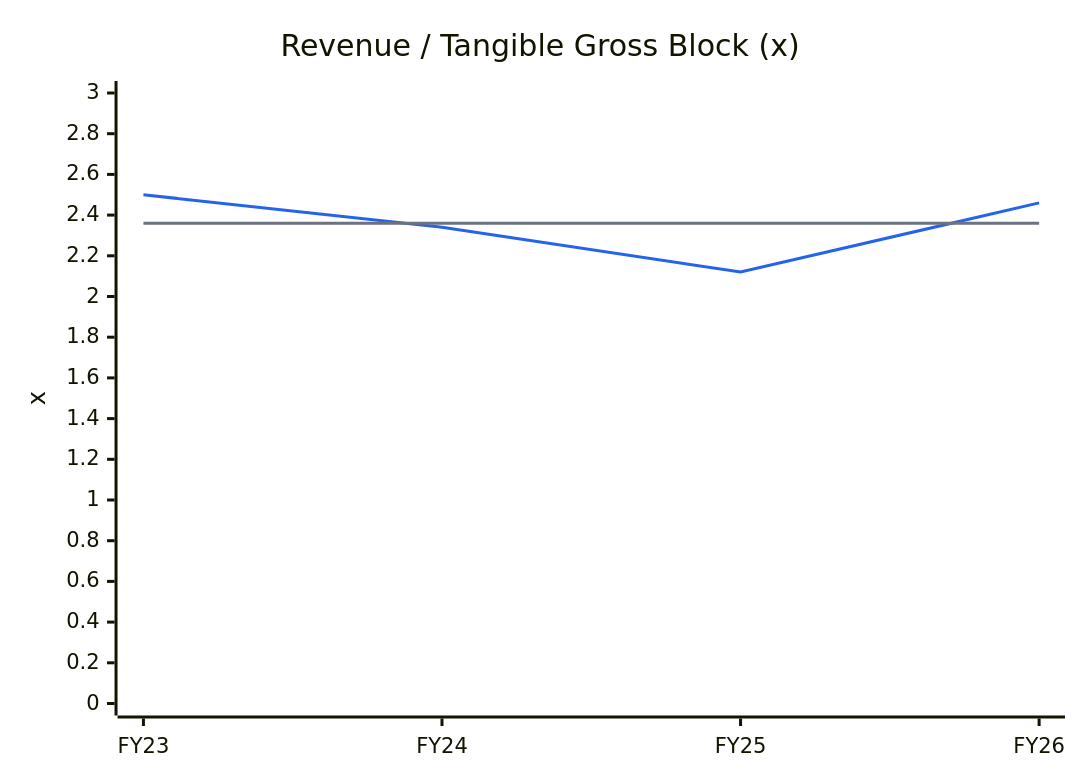
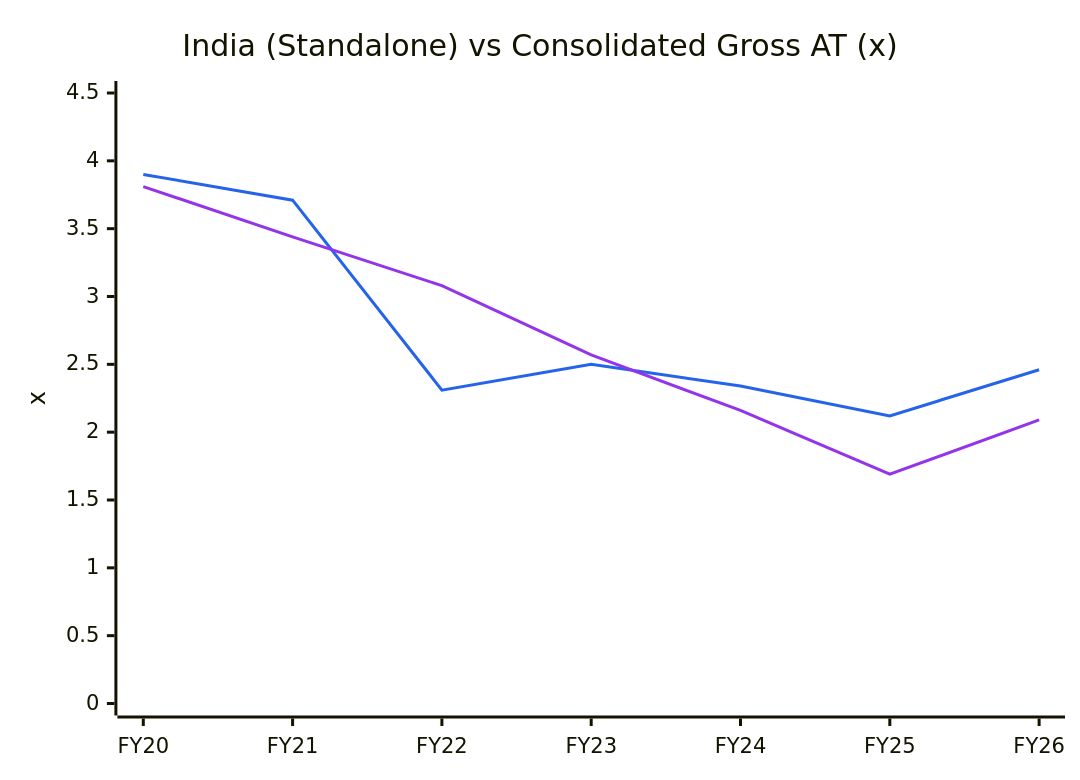
One commit to Anubhavsingh13/Stock-Analysis changed diagram 21 of 22 in HLEGLAS_HLEGlascoat_2026-10-14.md. Above: the diagram before and after it, drawn with Mermaid. The commit also changed other lines of this file, not shown here.

````diff
--- a/HLEGLAS_HLEGlascoat_2026-10-14.md
+++ b/HLEGLAS_HLEGlascoat_2026-10-14.md
@@ -669,9 +817,9 @@
 ```mermaid
-%%{init: {"themeVariables": {"xyChart": {"plotColorPalette": "#2563eb, #6b7280"}}}}%%
+%%{init: {"themeVariables": {"xyChart": {"plotColorPalette": "#2563eb, #9333ea"}}}}%%
 xychart-beta
-    title "Revenue / Tangible Gross Block (x)"
-    x-axis [FY23, FY24, FY25, FY26]
-    y-axis "x" 0 --> 3
-    line [2.50, 2.34, 2.12, 2.46]
-    line [2.36, 2.36, 2.36, 2.36]
+    title "India (Standalone) vs Consolidated Gross AT (x)"
+    x-axis [FY20, FY21, FY22, FY23, FY24, FY25, FY26]
+    y-axis "x" 0 --> 4.5
+    line [3.90, 3.71, 2.31, 2.50, 2.34, 2.12, 2.46]
+    line [3.81, 3.44, 3.08, 2.57, 2.16, 1.69, 2.09]
 ```
````
